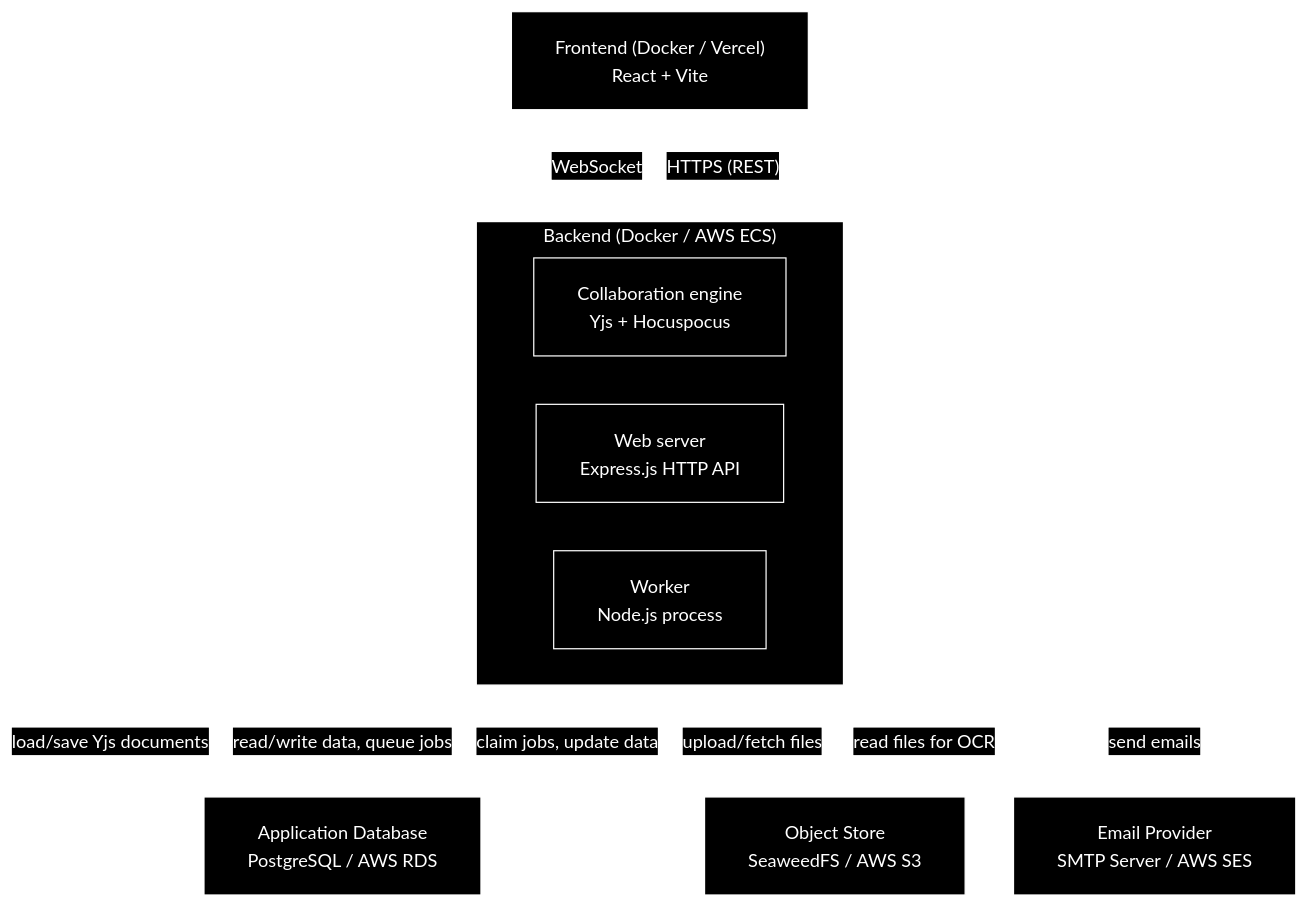
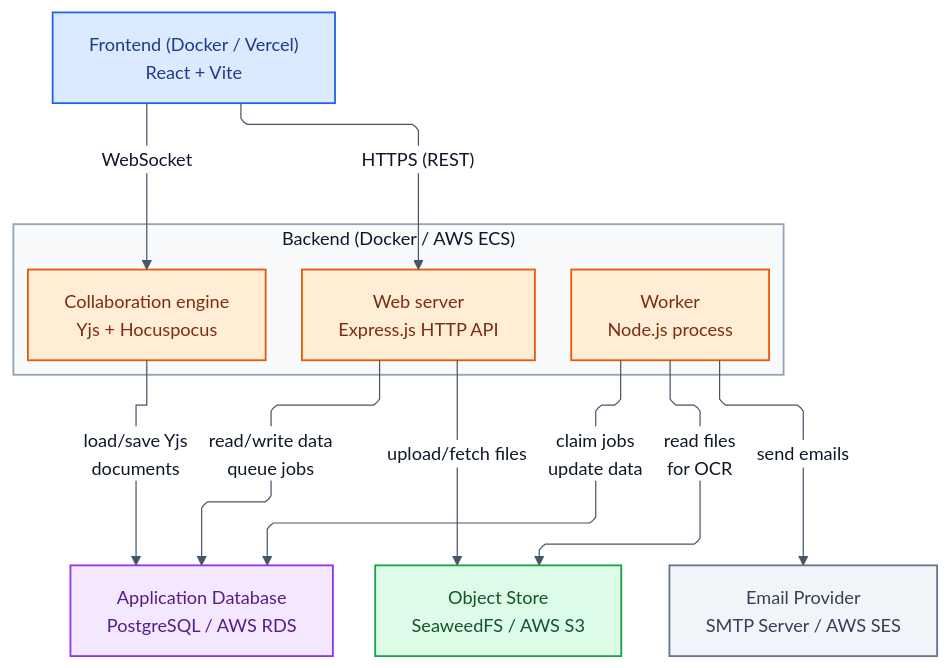
One commit to drh-14/ChalkTalk changed the diagram in diagrams/architecture/architecture.mmd. Above: the diagram before and after it, drawn with Mermaid. The commit also changed 4 other files, not shown here.

First line of the commit message:
Restyle architecture diagram for light background

```diff
--- a/diagrams/architecture/architecture.mmd
+++ b/diagrams/architecture/architecture.mmd
@@ -1,26 +1,36 @@
-%%{init: {"theme": "base", "flowchart": {"curve": "linear", "nodeSpacing": 40, "rankSpacing": 70, "padding": 18}, "themeCSS": ".nodeLabel, .nodeLabel p, .edgeLabel, .edgeLabel p, .cluster-label, .cluster-label span { font-family: Liberation Sans, Arial, sans-serif !important; } .cluster-label span, .cluster-label p { font-weight: 600 !important; font-size: 16px !important; color: #FFFFFF !important; } .edgeLabel, .edgeLabel p, .labelBkg { background-color: #000000 !important; color: #FFFFFF !important; font-size: 12px !important; } .cluster rect { fill: #000000 !important; stroke: #FFFFFF !important; }", "themeVariables": {"background": "#000000", "primaryColor": "#000000", "primaryTextColor": "#FFFFFF", "primaryBorderColor": "#FFFFFF", "lineColor": "#FFFFFF", "edgeLabelBackground": "#000000", "clusterBkg": "#000000", "clusterBorder": "#FFFFFF", "titleColor": "#FFFFFF", "fontSize": "15px", "fontFamily": "Liberation Sans, Arial, sans-serif"}}}%%
+%%{init: {"theme": "base", "layout": "elk", "flowchart": {"curve": "linear", "nodeSpacing": 90, "rankSpacing": 115, "diagramPadding": 40}, "themeVariables": {"background": "#FFFFFF", "primaryColor": "#F8FAFC", "primaryTextColor": "#0F172A", "primaryBorderColor": "#64748B", "lineColor": "#475569", "edgeLabelBackground": "#FFFFFF", "clusterBkg": "#F8FAFC", "clusterBorder": "#94A3B8", "titleColor": "#0F172A", "fontSize": "15px", "fontFamily": "Arial, sans-serif"}, "themeCSS": ".nodeLabel, .nodeLabel p, .edgeLabel, .edgeLabel p, .cluster-label, .cluster-label span { font-family: Arial, sans-serif !important; } .cluster-label span, .cluster-label p { font-weight: 600 !important; font-size: 12px !important; color: #0F172A !important; } .cluster rect { transform-box: fill-box; transform-origin: center; transform: scale(1.25, 1.20); } .cluster-label foreignObject { transform: translateX(-309px); } #my-svg-L_Frontend_WebServer_0 { transform: translateX(20px); } .edgeLabel, .edgeLabel p, .labelBkg { background-color: #FFFFFF !important; color: #334155 !important; font-size: 12px !important; }"}}%%
+%% Run python3 diagrams/architecture/render.py to regenerate matching exports.
 flowchart TB
     Frontend["Frontend (Docker / Vercel)<br/>React + Vite"]
 
     subgraph Backend["Backend (Docker / AWS ECS)"]
         direction LR
+        WebServer["Web server<br/>Express.js HTTP API"]
         CollaborationEngine["Collaboration engine<br/>Yjs + Hocuspocus"]
-        WebServer["Web server<br/>Express.js HTTP API"]
         Worker["Worker<br/>Node.js process"]
     end
 
     ApplicationDatabase["Application Database<br/>PostgreSQL / AWS RDS"]
     ObjectStore["Object Store<br/>SeaweedFS / AWS S3"]
     EmailProvider["Email Provider<br/>SMTP Server / AWS SES"]
 
+    Frontend -- "HTTPS (REST)" --> WebServer
     Frontend -- "WebSocket" --> CollaborationEngine
-    Frontend -- "HTTPS (REST)" --> WebServer
-    CollaborationEngine -- "load/save Yjs documents" --> ApplicationDatabase
-    WebServer -- "read/write data, queue jobs" --> ApplicationDatabase
+    CollaborationEngine -- "load/save Yjs<br/>documents" --> ApplicationDatabase
+    WebServer -- "read/write data<br/>queue jobs" --> ApplicationDatabase
     WebServer -- "upload/fetch files" --> ObjectStore
-    Worker -- "claim jobs, update data" --> ApplicationDatabase
-    Worker -- "read files for OCR" --> ObjectStore
+    Worker -- "claim jobs<br/>update data" --> ApplicationDatabase
+    Worker -- "read files<br/>for OCR" --> ObjectStore
     Worker -- "send emails" --> EmailProvider
 
-    classDef component fill:#000000,stroke:#FFFFFF,color:#FFFFFF,stroke-width:1px
-    class Frontend,WebServer,CollaborationEngine,Worker,ApplicationDatabase,ObjectStore,EmailProvider component
+    classDef client fill:#DBEAFE,stroke:#2563EB,color:#1E3A8A,stroke-width:1.5px
+    classDef compute fill:#FFEDD5,stroke:#EA580C,color:#7C2D12,stroke-width:1.5px
+    classDef database fill:#F3E8FF,stroke:#9333EA,color:#581C87,stroke-width:1.5px
+    classDef storage fill:#DCFCE7,stroke:#16A34A,color:#14532D,stroke-width:1.5px
+    classDef external fill:#F1F5F9,stroke:#64748B,color:#334155,stroke-width:1.5px
+    class Frontend client
+    class CollaborationEngine,WebServer,Worker compute
+    class ApplicationDatabase database
+    class ObjectStore storage
+    class EmailProvider external
+    style Backend fill:#F8FAFC,stroke:#94A3B8,color:#0F172A,stroke-width:1.5px
```
